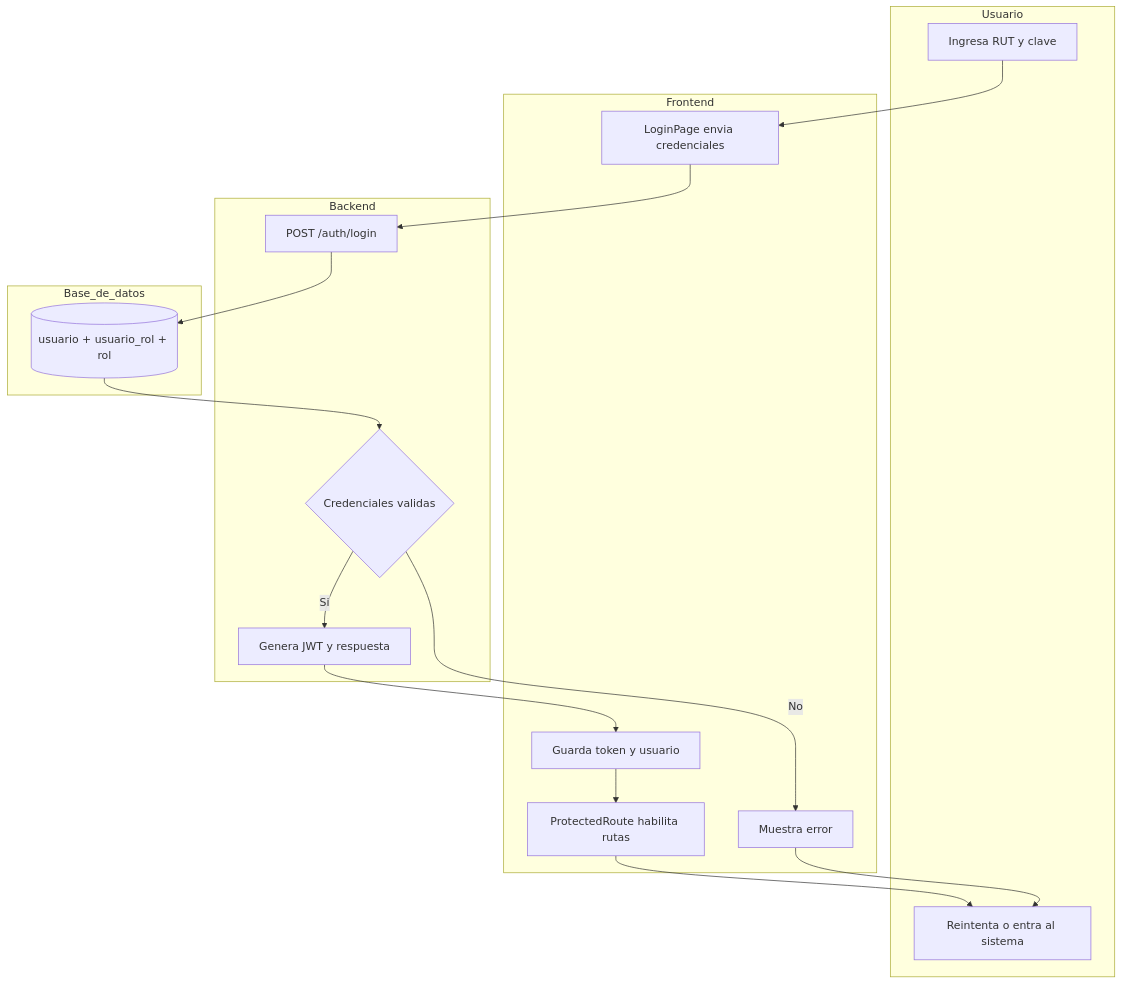
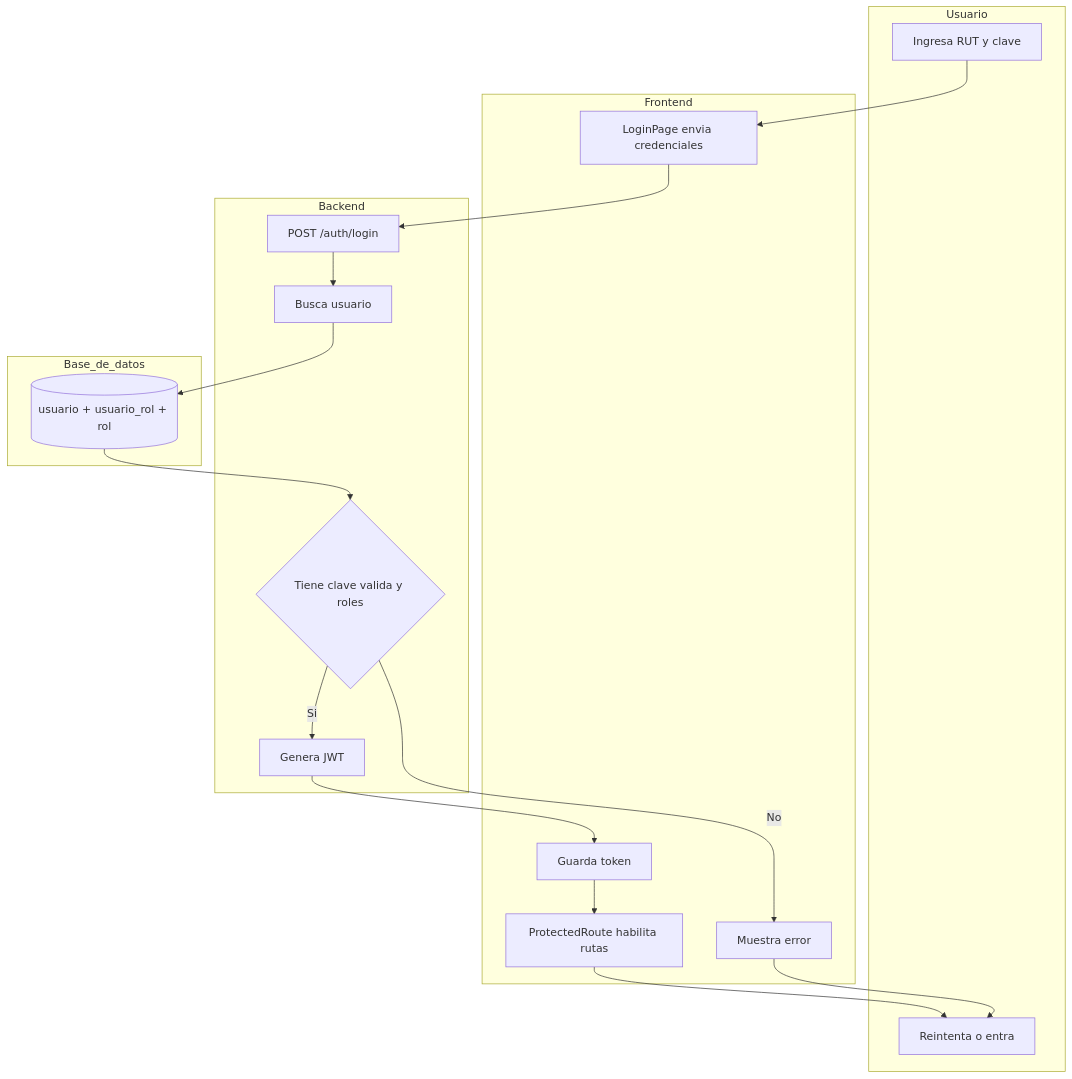
The first of 6 diagrams in docs/arquitectura/03-bpmn-procesos-clave.md (alfredoquintana/rama-remo), drawn with Mermaid before and after one commit. The commit also changed other lines of this file and 12 other files, not shown here.

````diff
--- a/docs/arquitectura/03-bpmn-procesos-clave.md
+++ b/docs/arquitectura/03-bpmn-procesos-clave.md
@@ -7,28 +7,29 @@
 ```mermaid
 flowchart TD
     subgraph Usuario
         U1[Ingresa RUT y clave]
-        U2[Reintenta o entra al sistema]
+        U2[Reintenta o entra]
     end
 
     subgraph Frontend
         F1[LoginPage envia credenciales]
-        F2[Guarda token y usuario]
+        F2[Guarda token]
         F3[ProtectedRoute habilita rutas]
         F4[Muestra error]
     end
 
     subgraph Backend
         B1[POST /auth/login]
-        B2{Credenciales validas}
-        B3[Genera JWT y respuesta]
+        B2[Busca usuario]
+        B3{Tiene clave valida y roles}
+        B4[Genera JWT]
     end
 
     subgraph Base_de_datos
         D1[(usuario + usuario_rol + rol)]
     end
 
-    U1 --> F1 --> B1 --> D1 --> B2
-    B2 -->|Si| B3 --> F2 --> F3 --> U2
-    B2 -->|No| F4 --> U2
+    U1 --> F1 --> B1 --> B2 --> D1 --> B3
+    B3 -->|Si| B4 --> F2 --> F3 --> U2
+    B3 -->|No| F4 --> U2
 ```
````
